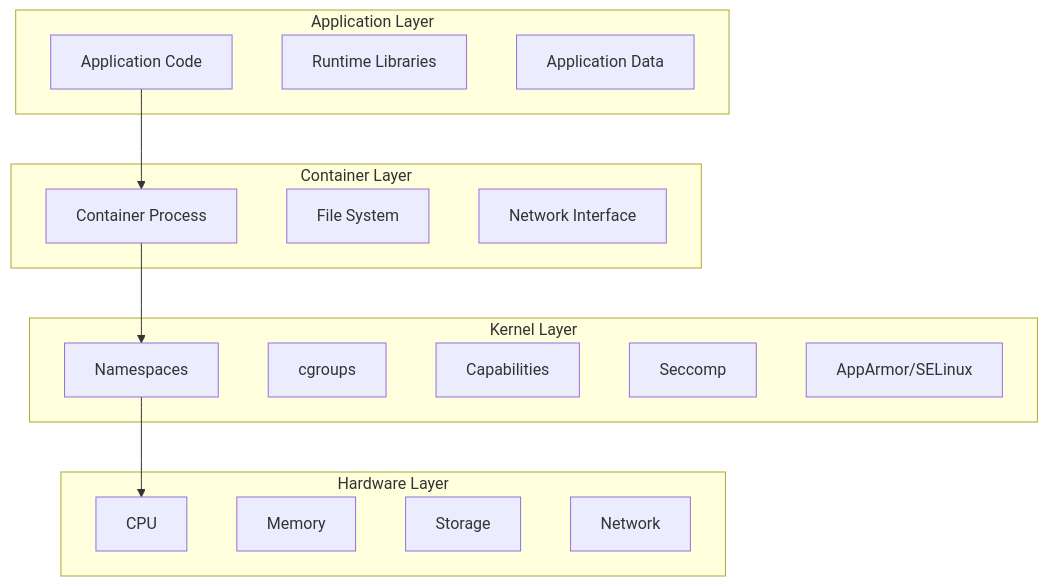
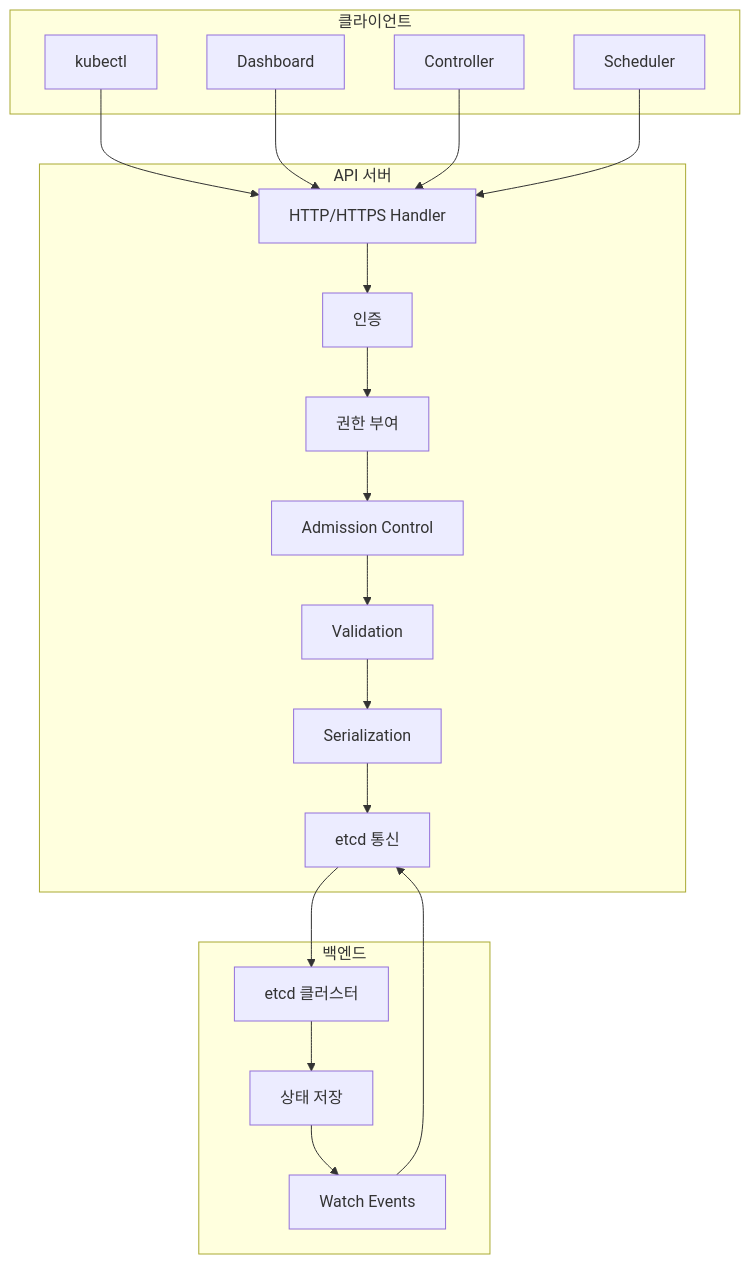
The second of 4 diagrams in week_02/day_01/session_05.md (niceguy61/kdt_devops_lecture_2025), drawn with Mermaid before and after one commit. The commit also changed other lines of this file and 38 other files, not shown here.

````diff
--- a/week_02/day_01/session_05.md
+++ b/week_02/day_01/session_05.md
@@ -15,33 +78,25 @@
 ```mermaid
 graph TB
-    subgraph "Application Layer"
-        A[Application Code]
-        B[Runtime Libraries]
-        C[Application Data]
+    subgraph "API 서버"
+        A[HTTP/HTTPS Handler] --> B[인증]
+        B --> C[권한 부여]
+        C --> D[Admission Control]
+        D --> E[Validation]
+        E --> F[Serialization]
+        F --> G[etcd 통신]
     end
     
-    subgraph "Container Layer"
-        D[Container Process]
-        E[File System]
-        F[Network Interface]
+    subgraph "클라이언트"
+        H[kubectl] --> A
+        I[Dashboard] --> A
+        J[Controller] --> A
+        K[Scheduler] --> A
     end
     
-    subgraph "Kernel Layer"
-        G[Namespaces]
-        H[cgroups]
-        I[Capabilities]
-        J[Seccomp]
-        K[AppArmor/SELinux]
+    subgraph "백엔드"
+        G --> L[etcd 클러스터]
+        L --> M[상태 저장]
+        M --> N[Watch Events]
+        N --> G
     end
-    
-    subgraph "Hardware Layer"
-        L[CPU]
-        M[Memory]
-        N[Storage]
-        O[Network]
-    end
-    
-    A --> D
-    D --> G
-    G --> L
 ```
````
